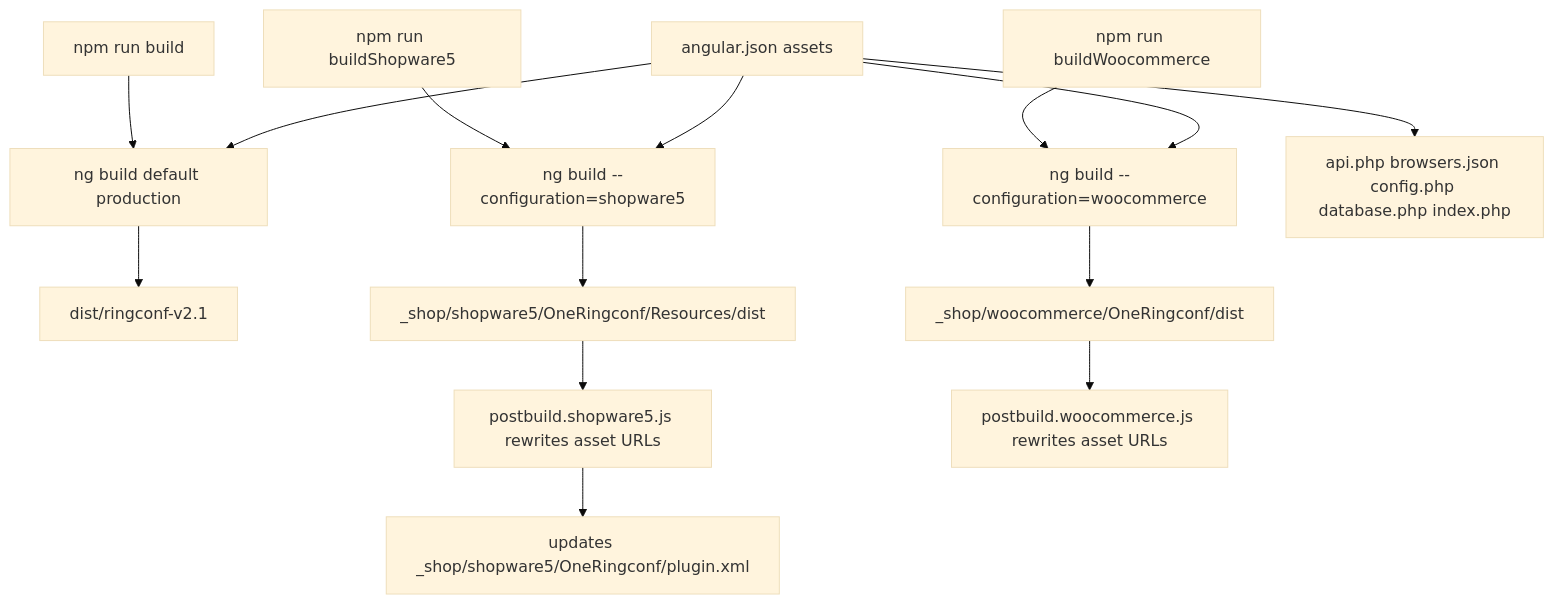
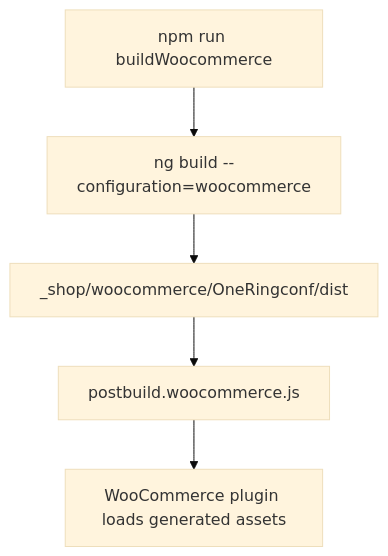
The fourth of 4 diagrams in docs/architecture/runtime-and-data-flow.md (der-mmeier/Ringconf-v2.1-jenkins-asf), drawn with Mermaid (base theme) before and after one commit. The commit also changed other lines of this file and 21 other files, not shown here.

````diff
--- a/docs/architecture/runtime-and-data-flow.md
+++ b/docs/architecture/runtime-and-data-flow.md
@@ -125,19 +51,7 @@
 ```mermaid
 flowchart TD
-  A[npm run build] --> B[ng build default production]
-  B --> C[dist/ringconf-v2.1]
-
-  D[npm run buildShopware5] --> E[ng build --configuration=shopware5]
-  E --> F[_shop/shopware5/OneRingconf/Resources/dist]
-  F --> G[postbuild.shopware5.js rewrites asset URLs]
-  G --> H[updates _shop/shopware5/OneRingconf/plugin.xml]
-
-  I[npm run buildWoocommerce] --> J[ng build --configuration=woocommerce]
-  J --> K[_shop/woocommerce/OneRingconf/dist]
-  K --> L[postbuild.woocommerce.js rewrites asset URLs]
-
-  M[angular.json assets] --> E
-  M --> J
-  M --> B
-  M --> N[api.php browsers.json config.php database.php index.php]
+  A[npm run buildWoocommerce] --> B[ng build --configuration=woocommerce]
+  B --> C[_shop/woocommerce/OneRingconf/dist]
+  C --> D[postbuild.woocommerce.js]
+  D --> E[WooCommerce plugin loads generated assets]
 ```
````
